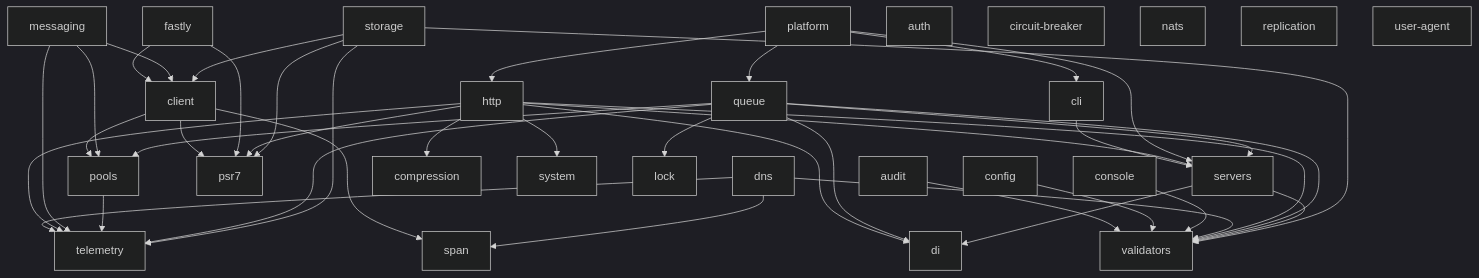
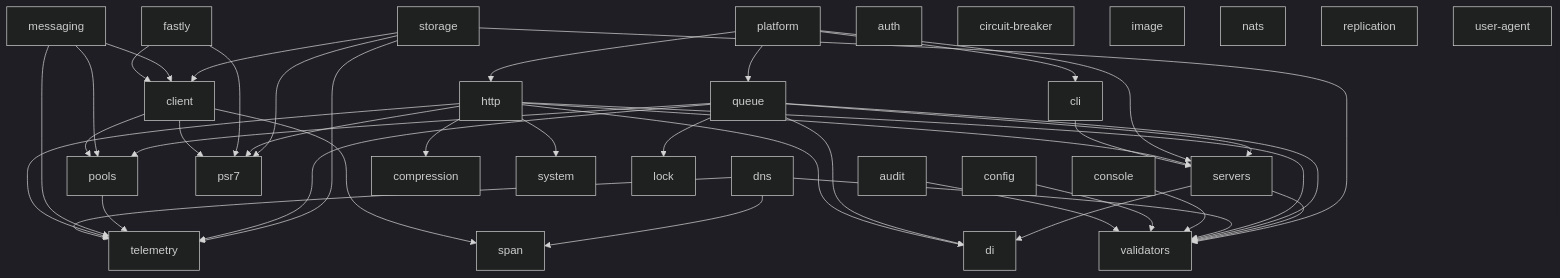
Before and after one commit to utopia-php/monorepo: the diagram in README.md, drawn with Mermaid (dark theme). The commit also changed 12 other files, not shown here.

````diff
--- a/README.md
+++ b/README.md
@@ -48,47 +48,48 @@
 ```mermaid
 graph TD
     audit --> validators
     cli --> servers
     client --> pools
     client --> psr7
     client --> span
     config --> validators
     console --> validators
     dns --> span
     dns --> telemetry
     dns --> validators
     fastly --> client
     fastly --> psr7
     http --> di
     http --> servers
     http --> compression
     http --> psr7
     http --> telemetry
     http --> validators
     http --> system
     messaging --> client
     messaging --> pools
     messaging --> telemetry
     platform --> cli
     platform --> http
     platform --> queue
     platform --> servers
     pools --> telemetry
     queue --> di
     queue --> lock
     queue --> servers
     queue --> pools
     queue --> telemetry
     queue --> validators
     servers --> di
     servers --> validators
     storage --> telemetry
     storage --> validators
     storage --> client
     storage --> psr7
     auth
     circuit-breaker
+    image
     nats
     replication
     user-agent
 ```
````
